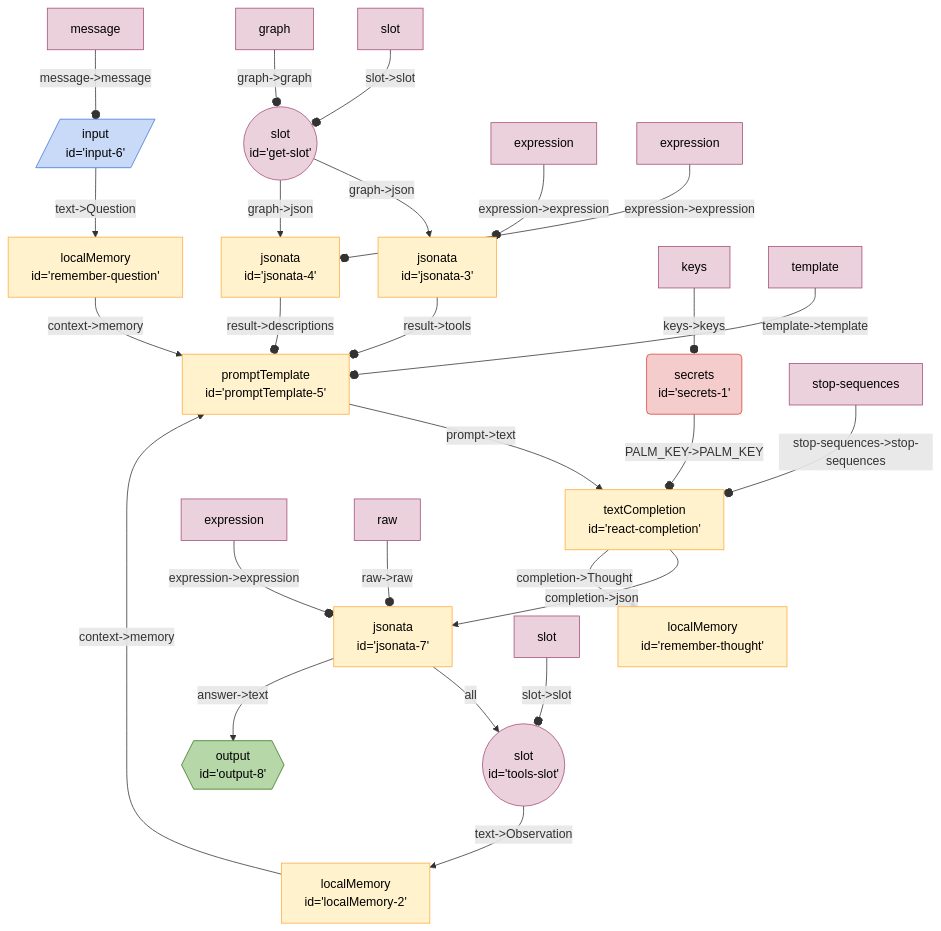
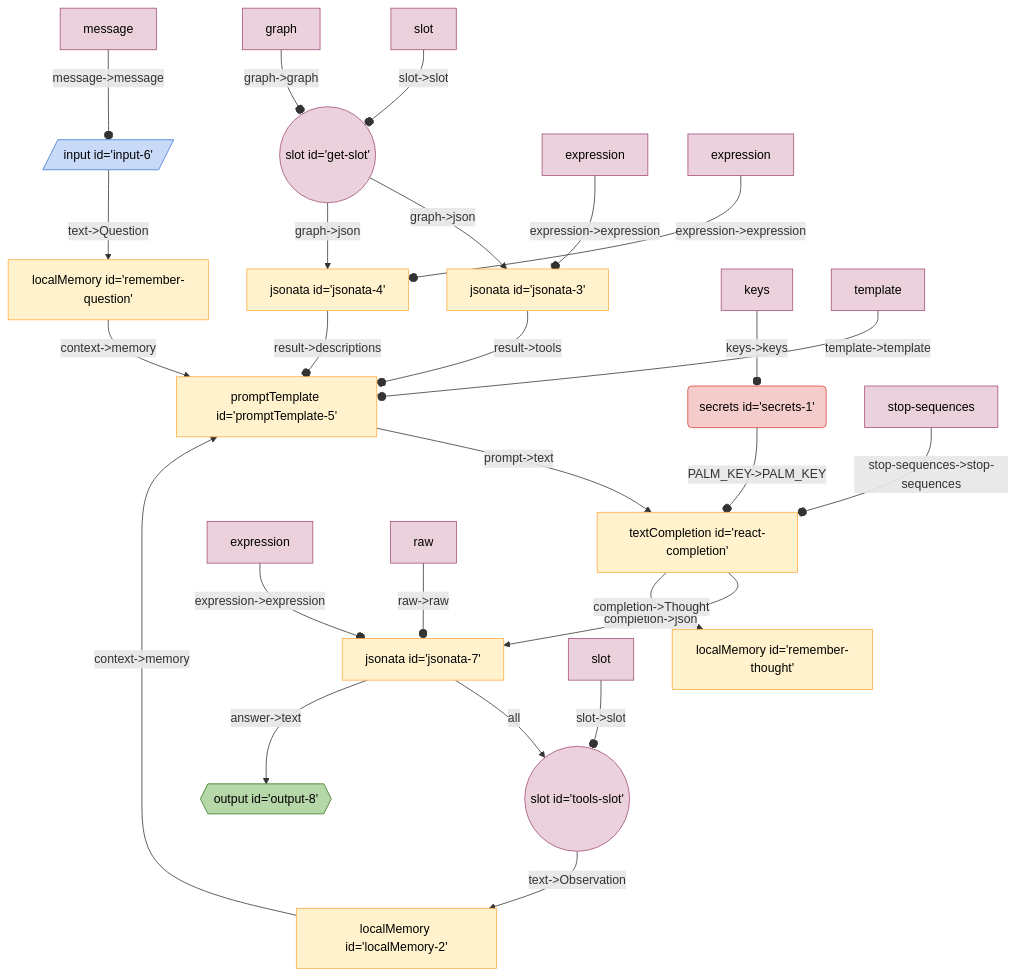
The diagram in seeds/graph-playground/docs/graphs/react-with-slot.md (breadboard-ai/breadboard), drawn with Mermaid before and after one commit. The commit also changed 17 other files, not shown here.

Commit message:
nit: remove extranous line break in mermaid sources

````diff
--- a/seeds/graph-playground/docs/graphs/react-with-slot.md
+++ b/seeds/graph-playground/docs/graphs/react-with-slot.md
@@ -5,65 +5,37 @@
   ```mermaid
   %%{init: 'themeVariables': { 'fontFamily': 'Fira Code, monospace' }}%%
 graph TD;
-getslot(("slot
-id='get-slot'")):::slot -- "graph->json" --> jsonata3["jsonata
-id='jsonata-3'"]
-getslot(("slot
-id='get-slot'")):::slot -- "graph->json" --> jsonata4["jsonata
-id='jsonata-4'"]
-jsonata4["jsonata
-id='jsonata-4'"] -- "result->descriptions" --o promptTemplate5["promptTemplate
-id='promptTemplate-5'"]
-jsonata3["jsonata
-id='jsonata-3'"] -- "result->tools" --o promptTemplate5["promptTemplate
-id='promptTemplate-5'"]
-localMemory2["localMemory
-id='localMemory-2'"] -- "context->memory" --> promptTemplate5["promptTemplate
-id='promptTemplate-5'"]
-secrets1("secrets
-id='secrets-1'"):::secrets -- "PALM_KEY->PALM_KEY" --o reactcompletion["textCompletion
-id='react-completion'"]
-toolsslot(("slot
-id='tools-slot'")):::slot -- "text->Observation" --> localMemory2["localMemory
-id='localMemory-2'"]
-jsonata7["jsonata
-id='jsonata-7'"] -- all --> toolsslot(("slot
-id='tools-slot'")):::slot
-jsonata7["jsonata
-id='jsonata-7'"] -- "answer->text" --> output8{{"output
-id='output-8'"}}:::output
-reactcompletion["textCompletion
-id='react-completion'"] -- "completion->json" --> jsonata7["jsonata
-id='jsonata-7'"]
-reactcompletion["textCompletion
-id='react-completion'"] -- "completion->Thought" --> rememberthought["localMemory
-id='remember-thought'"]
-promptTemplate5["promptTemplate
-id='promptTemplate-5'"] -- "prompt->text" --> reactcompletion["textCompletion
-id='react-completion'"]
-rememberquestion["localMemory
-id='remember-question'"] -- "context->memory" --> promptTemplate5["promptTemplate
-id='promptTemplate-5'"]
-input6[/"input
-id='input-6'"/]:::input -- "text->Question" --> rememberquestion["localMemory
-id='remember-question'"]
+getslot(("slot id='get-slot'")):::slot -- "graph->json" --> jsonata3["jsonata id='jsonata-3'"]
+getslot(("slot id='get-slot'")):::slot -- "graph->json" --> jsonata4["jsonata id='jsonata-4'"]
+jsonata4["jsonata id='jsonata-4'"] -- "result->descriptions" --o promptTemplate5["promptTemplate id='promptTemplate-5'"]
+jsonata3["jsonata id='jsonata-3'"] -- "result->tools" --o promptTemplate5["promptTemplate id='promptTemplate-5'"]
+localMemory2["localMemory id='localMemory-2'"] -- "context->memory" --> promptTemplate5["promptTemplate id='promptTemplate-5'"]
+secrets1("secrets id='secrets-1'"):::secrets -- "PALM_KEY->PALM_KEY" --o reactcompletion["textCompletion id='react-completion'"]
+toolsslot(("slot id='tools-slot'")):::slot -- "text->Observation" --> localMemory2["localMemory id='localMemory-2'"]
+jsonata7["jsonata id='jsonata-7'"] -- all --> toolsslot(("slot id='tools-slot'")):::slot
+jsonata7["jsonata id='jsonata-7'"] -- "answer->text" --> output8{{"output id='output-8'"}}:::output
+reactcompletion["textCompletion id='react-completion'"] -- "completion->json" --> jsonata7["jsonata id='jsonata-7'"]
+reactcompletion["textCompletion id='react-completion'"] -- "completion->Thought" --> rememberthought["localMemory id='remember-thought'"]
+promptTemplate5["promptTemplate id='promptTemplate-5'"] -- "prompt->text" --> reactcompletion["textCompletion id='react-completion'"]
+rememberquestion["localMemory id='remember-question'"] -- "context->memory" --> promptTemplate5["promptTemplate id='promptTemplate-5'"]
+input6[/"input id='input-6'"/]:::input -- "text->Question" --> rememberquestion["localMemory id='remember-question'"]
 keyssecrets1[keys]:::config -- "keys->keys" --o secrets1
 slotgetslot[slot]:::config -- "slot->slot" --o getslot
 graphgetslot[graph]:::config -- "graph->graph" --o getslot
 expressionjsonata3[expression]:::config -- "expression->expression" --o jsonata3
 expressionjsonata4[expression]:::config -- "expression->expression" --o jsonata4
 templatepromptTemplate5[template]:::config -- "template->template" --o promptTemplate5
 stopsequencesreactcompletion[stop-sequences]:::config -- "stop-sequences->stop-sequences" --o reactcompletion
 messageinput6[message]:::config -- "message->message" --o input6
 expressionjsonata7[expression]:::config -- "expression->expression" --o jsonata7
 rawjsonata7[raw]:::config -- "raw->raw" --o jsonata7
 slottoolsslot[slot]:::config -- "slot->slot" --o toolsslot
 classDef default stroke:#ffab40,fill:#fff2ccff,color:#000
 classDef input stroke:#3c78d8,fill:#c9daf8ff,color:#000
 classDef output stroke:#38761d,fill:#b6d7a8ff,color:#000
 classDef passthrough stroke:#a64d79,fill:#ead1dcff,color:#000
 classDef slot stroke:#a64d79,fill:#ead1dcff,color:#000
 classDef config stroke:#a64d79,fill:#ead1dcff,color:#000
 classDef secrets stroke:#db4437,fill:#f4cccc,color:#000
 classDef slotted stroke:#a64d79
   ```
````
